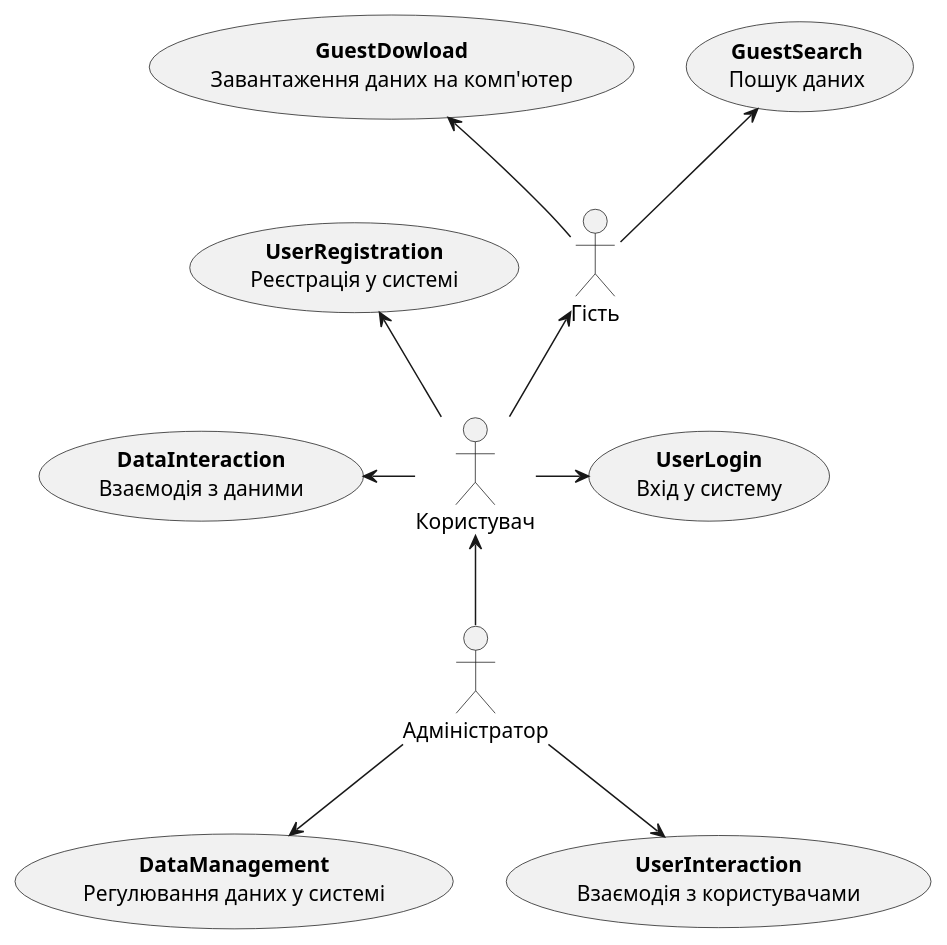
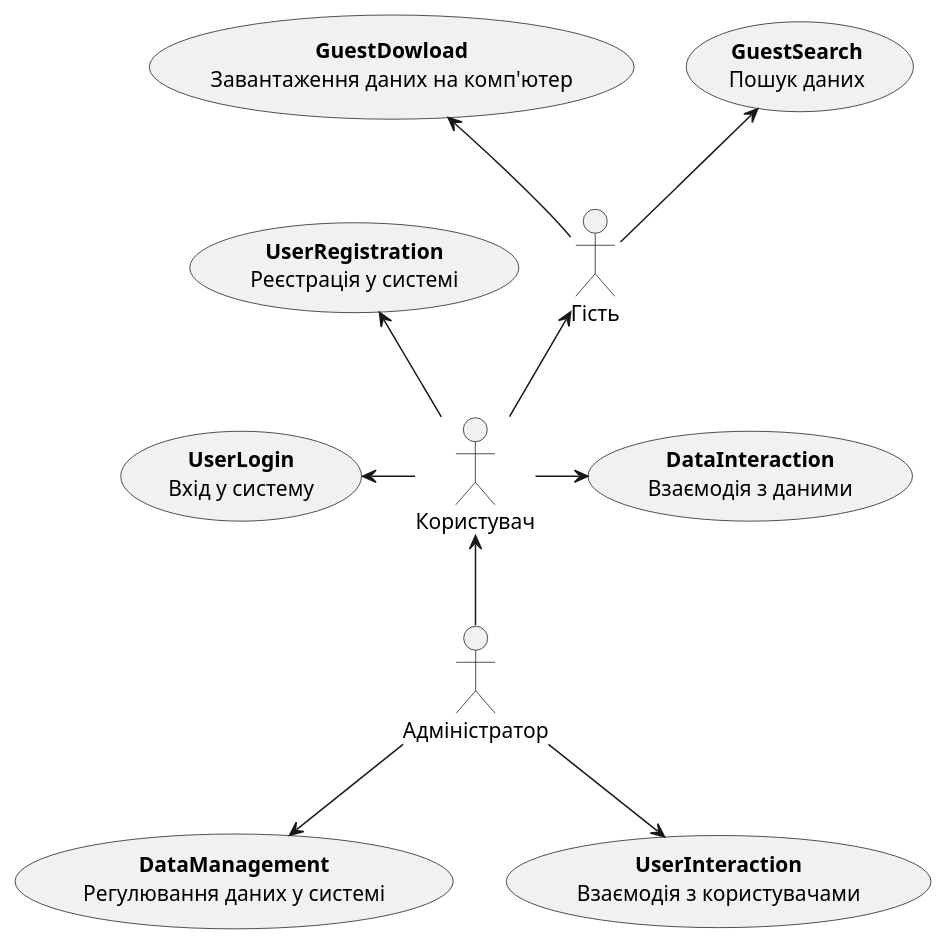
One commit to notnuff/edu_db_labs-IM-21 changed the first of 18 diagrams in docs/use cases/README.md. Above: the diagram before and after it, drawn with PlantUML.

Commit message:
Final update general scheme

```diff
--- a/docs/use cases/README.md
+++ b/docs/use cases/README.md
@@ -5,28 +5,28 @@
 @startuml
 
     actor "Гість" as Guest
     actor "Користувач" as User
     actor "Адміністратор" as Administrator
 
     usecase "<b>GuestSearch</b>\nПошук даних" as GuestSearch
     usecase "<b>GuestDowload</b>\nЗавантаження даних на комп'ютер" as GuestDowload
     usecase "<b>UserRegistration</b>\nРеєстрація у системі" as UserRegistration
     usecase "<b>UserLogin</b>\nВхід у систему" as UserLogin
     usecase "<b>DataInteraction</b>\nВзаємодія з даними" as DataInteraction
     usecase "<b>DataManagement</b>\nРегулювання даних у системі" as DataManagement
     usecase "<b>UserInteraction</b>\nВзаємодія з користувачами" as UserInteraction
 
     User -u-> Guest
     Administrator -u-> User
 
     Guest -u-> GuestSearch
     Guest -u-> GuestDowload
 
     User -u->  UserRegistration
-    User -r->  UserLogin
-    User -l->  DataInteraction
+    User -l->  UserLogin
+    User -r->  DataInteraction
 
     Administrator -d-> DataManagement
     Administrator -d-> UserInteraction
 
 @enduml
```
